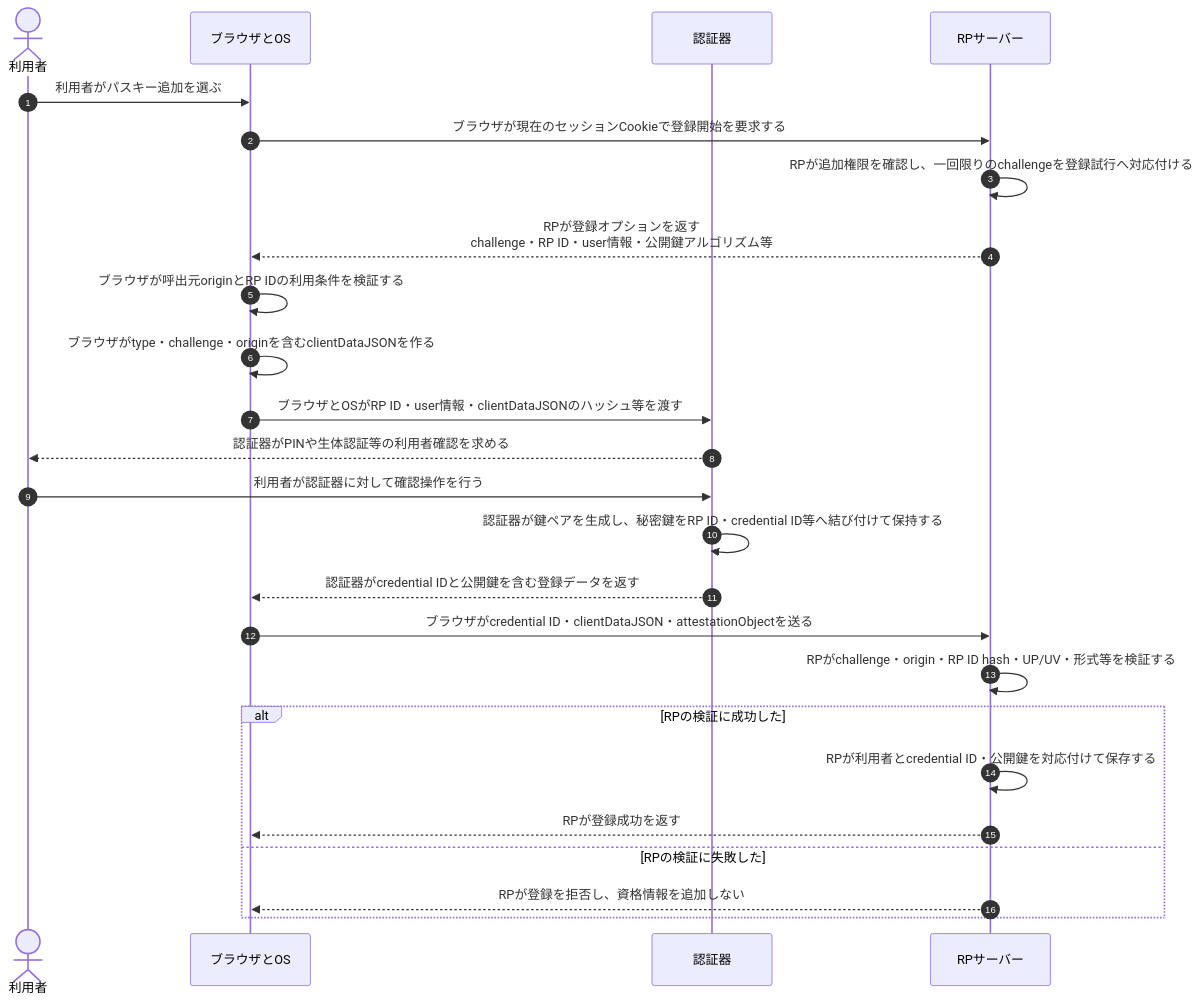
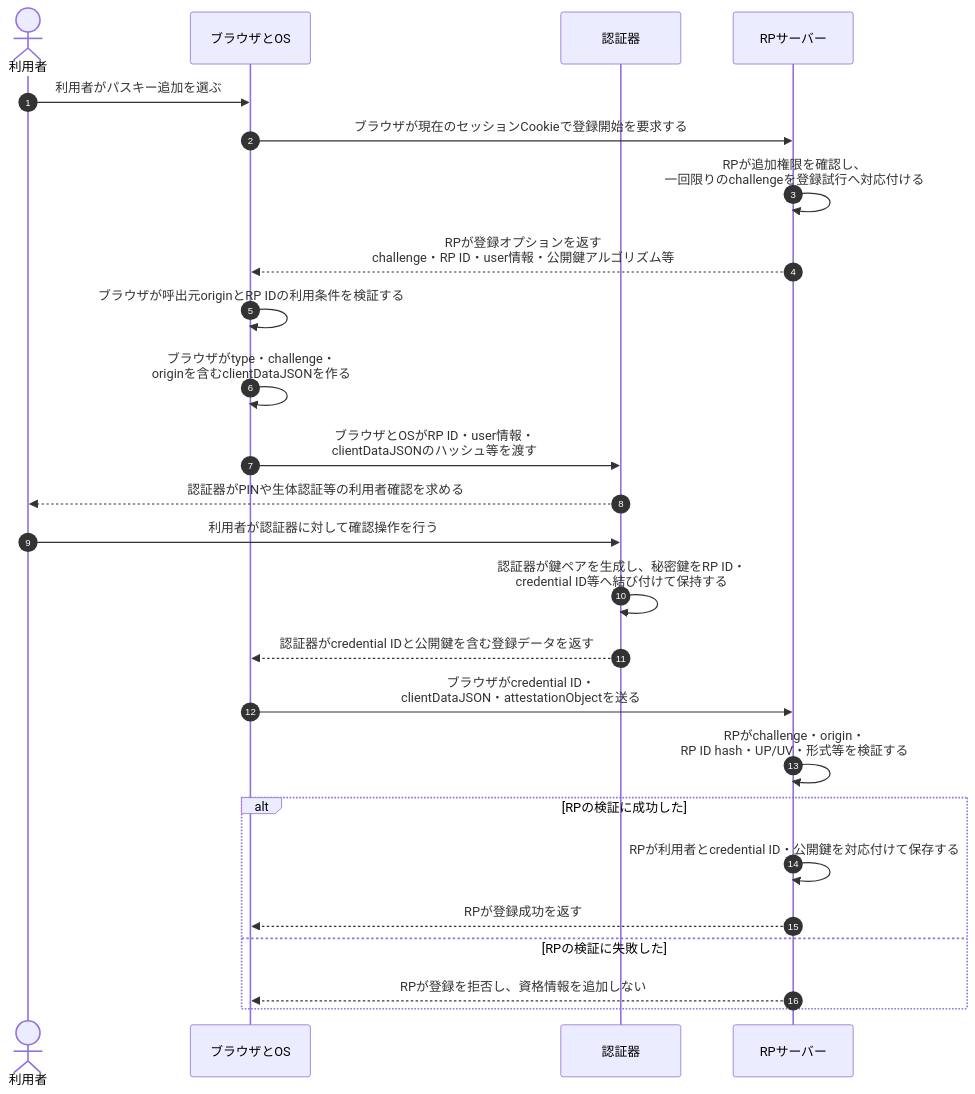
One commit to ryusuke2003/security-specialist-study changed the first of 3 diagrams in 復習用/流れ図/WebAuthnとパスキー認証.md. Above: the diagram before and after it, drawn with Mermaid. The commit also changed other lines of this file and 7 other files, not shown here.

Commit message:
図の折り返しと認証失敗時の前提を整え検証結果と導線を更新

````diff
--- a/復習用/流れ図/WebAuthnとパスキー認証.md
+++ b/復習用/流れ図/WebAuthnとパスキー認証.md
@@ -13,28 +13,28 @@
 ```mermaid
 sequenceDiagram
     autonumber
     actor U as 利用者
     participant B as ブラウザとOS
     participant A as 認証器
     participant R as RPサーバー
 
     U->>B: 利用者がパスキー追加を選ぶ
     B->>R: ブラウザが現在のセッションCookieで登録開始を要求する
-    R->>R: RPが追加権限を確認し、一回限りのchallengeを登録試行へ対応付ける
+    R->>R: RPが追加権限を確認し、<br/>一回限りのchallengeを登録試行へ対応付ける
     R-->>B: RPが登録オプションを返す<br/>challenge・RP ID・user情報・公開鍵アルゴリズム等
     B->>B: ブラウザが呼出元originとRP IDの利用条件を検証する
-    B->>B: ブラウザがtype・challenge・originを含むclientDataJSONを作る
-    B->>A: ブラウザとOSがRP ID・user情報・clientDataJSONのハッシュ等を渡す
+    B->>B: ブラウザがtype・challenge・<br/>originを含むclientDataJSONを作る
+    B->>A: ブラウザとOSがRP ID・user情報・<br/>clientDataJSONのハッシュ等を渡す
     A-->>U: 認証器がPINや生体認証等の利用者確認を求める
     U->>A: 利用者が認証器に対して確認操作を行う
-    A->>A: 認証器が鍵ペアを生成し、秘密鍵をRP ID・credential ID等へ結び付けて保持する
+    A->>A: 認証器が鍵ペアを生成し、秘密鍵をRP ID・<br/>credential ID等へ結び付けて保持する
     A-->>B: 認証器がcredential IDと公開鍵を含む登録データを返す
-    B->>R: ブラウザがcredential ID・clientDataJSON・attestationObjectを送る
-    R->>R: RPがchallenge・origin・RP ID hash・UP/UV・形式等を検証する
+    B->>R: ブラウザがcredential ID・<br/>clientDataJSON・attestationObjectを送る
+    R->>R: RPがchallenge・origin・<br/>RP ID hash・UP/UV・形式等を検証する
     alt RPの検証に成功した
         R->>R: RPが利用者とcredential ID・公開鍵を対応付けて保存する
         R-->>B: RPが登録成功を返す
     else RPの検証に失敗した
         R-->>B: RPが登録を拒否し、資格情報を追加しない
     end
 ```
````
